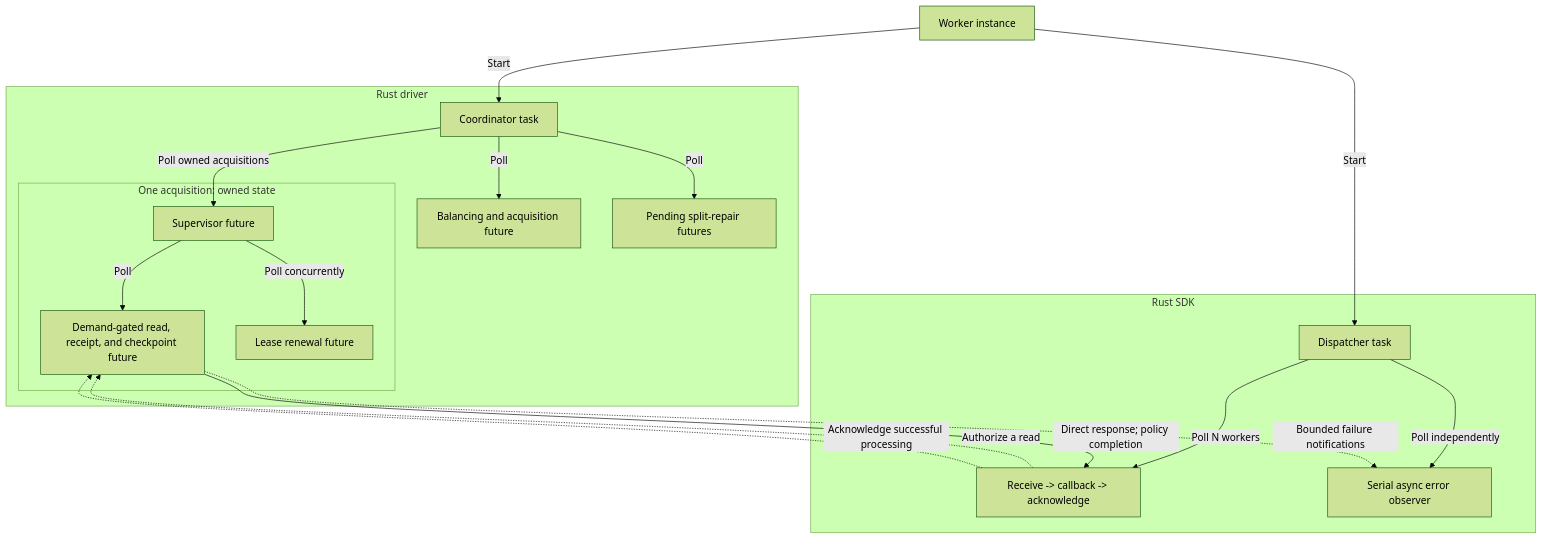
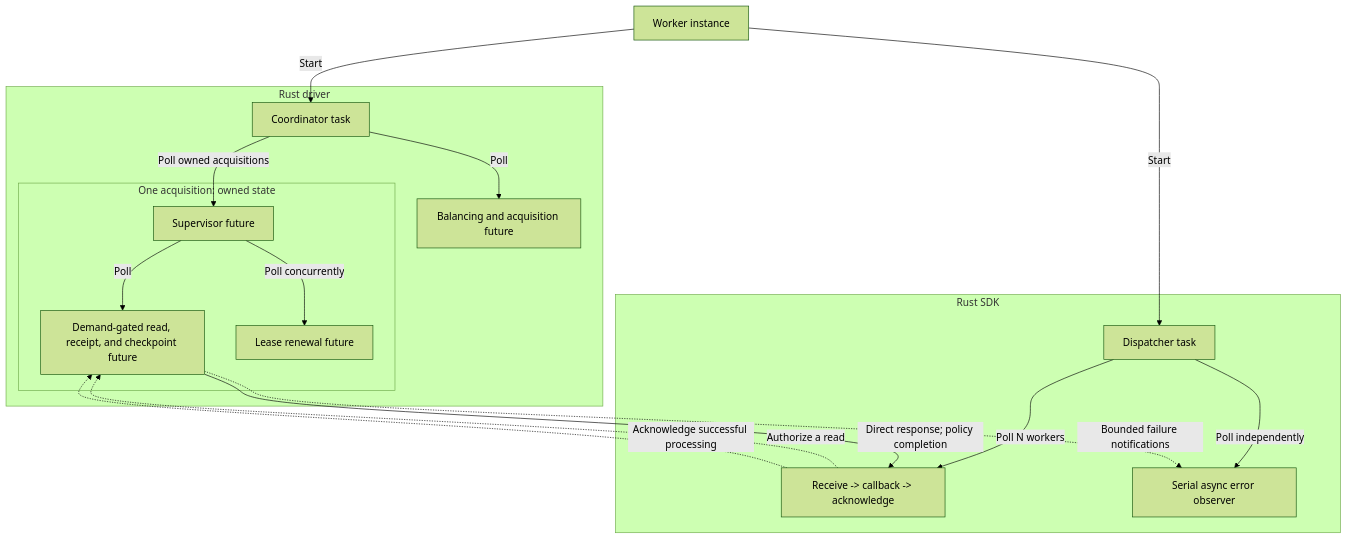
The fifth of 9 diagrams in sdk/cosmos/docs/specs/0030-change-feed-processor.md (Azure/azure-sdk-for-rust), drawn with Mermaid (forest theme) before and after one commit. The commit also changed other lines of this file and 10 other files, not shown here.

````diff
--- a/sdk/cosmos/docs/specs/0030-change-feed-processor.md
+++ b/sdk/cosmos/docs/specs/0030-change-feed-processor.md
@@ -1205,22 +1150,21 @@
 ```mermaid
 flowchart TD
     Worker["Worker instance"] -->|Start| Coordinator
     Worker -->|Start| Dispatcher
     subgraph Driver["Rust driver"]
         Coordinator["Coordinator task"] -->|Poll| Balance["Balancing and acquisition future"]
-        Coordinator -->|Poll| Repair["Pending split-repair futures"]
         Coordinator -->|Poll owned acquisitions| Leases
         subgraph Acquisition["One acquisition: owned state"]
             Leases["Supervisor future"] -->|Poll| Poll["Demand-gated read, receipt, and checkpoint future"]
             Leases -->|Poll concurrently| Renew["Lease renewal future"]
         end
     end
     subgraph SDK["Rust SDK"]
         Dispatcher["Dispatcher task"] -->|Poll N workers| Receive["Receive -> callback -> acknowledge"]
         Dispatcher -->|Poll independently| Errors["Serial async error observer"]
     end
     Receive -.->|Authorize a read| Poll
     Poll -->|Direct response; policy completion| Receive
     Receive -.->|Acknowledge successful processing| Poll
     Poll -.->|Bounded failure notifications| Errors
 ```
````
